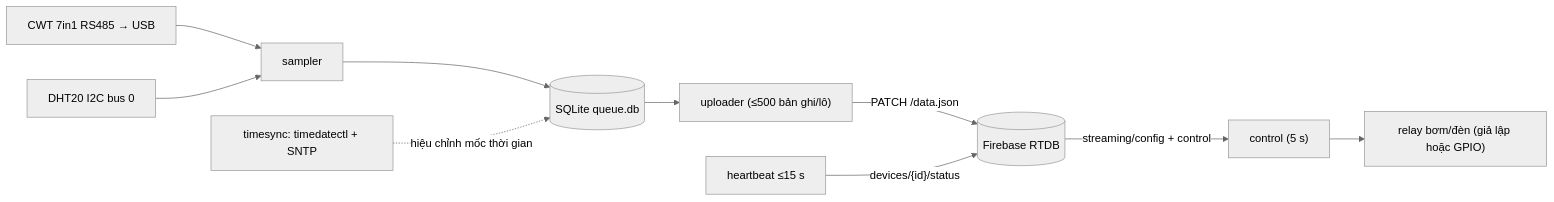
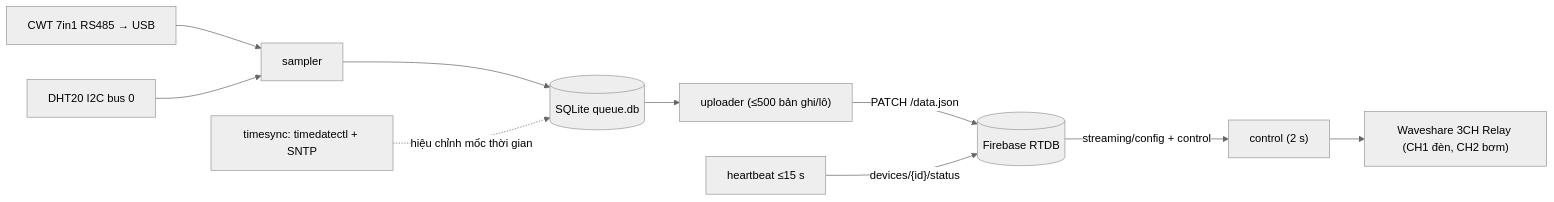
One commit to Truong-Hoang-Duy/iot_farm changed the diagram in edge/README.md. Above: the diagram before and after it, drawn with Mermaid (neutral theme). The commit also changed other lines of this file and 12 other files, not shown here.

Commit message:
feat(edge,ui): add Waveshare 3CH relay control, scheduling and clean UI

````diff
--- a/edge/README.md
+++ b/edge/README.md
@@ -8,12 +8,12 @@
 ```mermaid
 flowchart LR
   S1["CWT 7in1 RS485 → USB"] --> SM["sampler"]
   S2["DHT20 I2C bus 0"] --> SM
   SM --> Q[("SQLite queue.db")]
   Q --> UP["uploader (≤500 bản ghi/lô)"]
   UP -- "PATCH /data.json" --> FB[("Firebase RTDB")]
   HB["heartbeat ≤15 s"] -- "devices/{id}/status" --> FB
-  FB -- "streaming/config + control" --> CT["control (5 s)"]
-  CT --> RL["relay bơm/đèn (giả lập hoặc GPIO)"]
+  FB -- "streaming/config + control" --> CT["control (2 s)"]
+  CT --> RL["Waveshare 3CH Relay (CH1 đèn, CH2 bơm)"]
   TS["timesync: timedatectl + SNTP"] -. "hiệu chỉnh mốc thời gian" .-> Q
 ```
````
